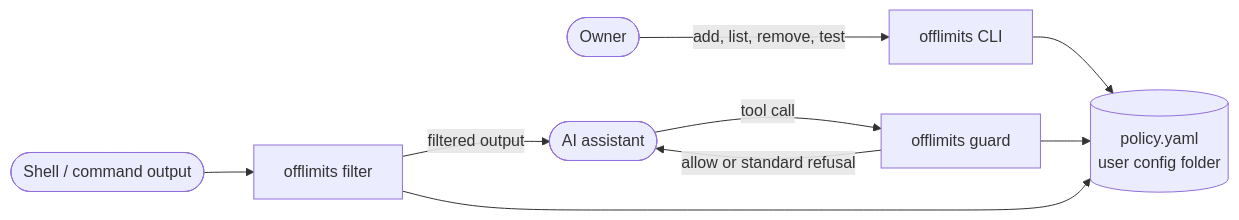
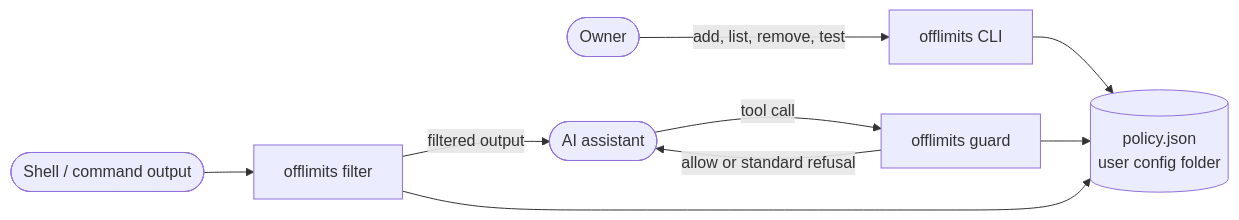
Before and after one commit to BlackCanyonSoftware/off-limits_filter_BCS: the first of 5 diagrams in docs/ARCHITECTURE.md, drawn with Mermaid. The commit also changed other lines of this file and 7 other files, not shown here.

First line of the commit message:
docs: add ADR 0006 (policy as JSON) and restate the start-up budget

````diff
--- a/docs/ARCHITECTURE.md
+++ b/docs/ARCHITECTURE.md
@@ -11,11 +11,11 @@
 ```mermaid
 flowchart LR
     owner([Owner]) -->|add, list, remove, test| cli[offlimits CLI]
-    cli --> policy[(policy.yaml<br/>user config folder)]
+    cli --> policy[(policy.json<br/>user config folder)]
     assistant([AI assistant]) -->|tool call| hook[offlimits guard]
     hook --> policy
     hook -->|allow or standard refusal| assistant
     shell([Shell / command output]) --> filter[offlimits filter]
     filter --> policy
     filter -->|filtered output| assistant
 ```
````
